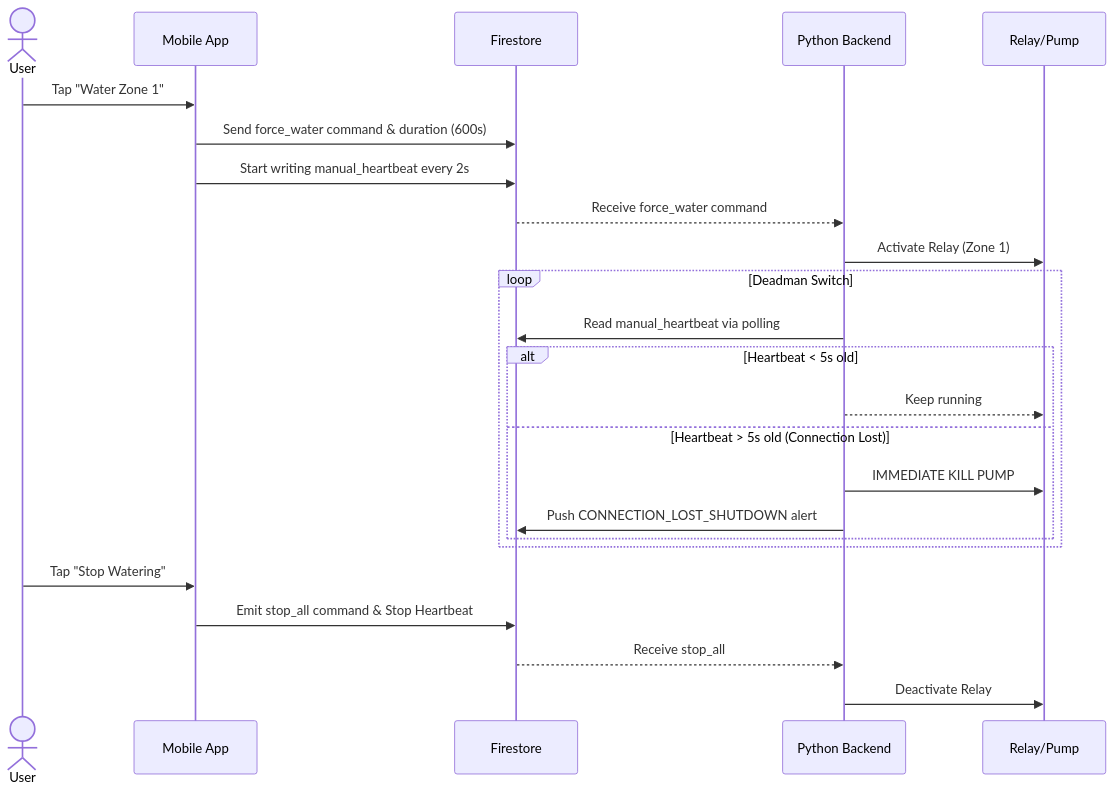
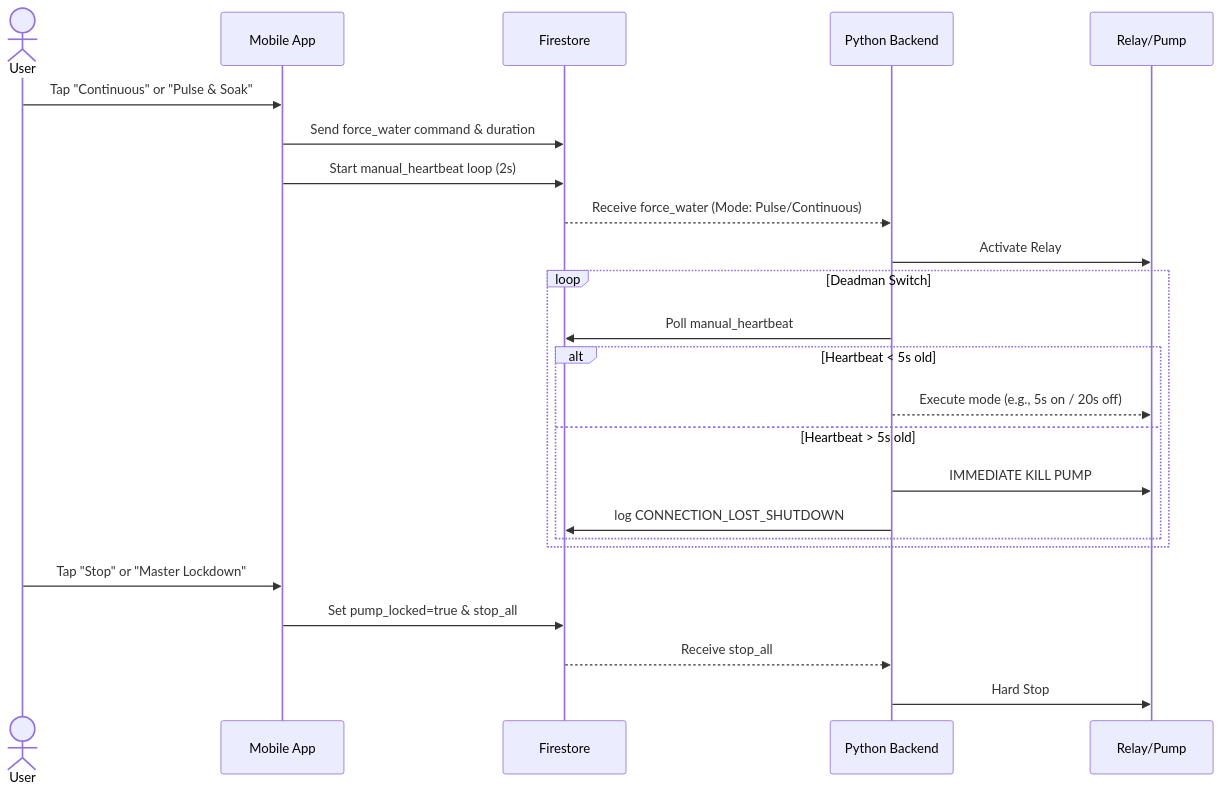
The third of 4 diagrams in DefensePreparation.md (Arziii/Smartsprout), drawn with Mermaid before and after one commit. The commit also changed other lines of this file and 4 other files, not shown here.

````diff
--- a/DefensePreparation.md
+++ b/DefensePreparation.md
@@ -118,27 +120,27 @@
 ```mermaid
 sequenceDiagram
     actor User
     participant App as Mobile App
     participant DB as Firestore
     participant Pi as Python Backend
     participant Pump as Relay/Pump
 
-    User->>App: Tap "Water Zone 1"
-    App->>DB: Send force_water command & duration (600s)
-    App->>DB: Start writing manual_heartbeat every 2s
-    DB-->>Pi: Receive force_water command
-    Pi->>Pump: Activate Relay (Zone 1)
+    User->>App: Tap "Continuous" or "Pulse & Soak"
+    App->>DB: Send force_water command & duration
+    App->>DB: Start manual_heartbeat loop (2s)
+    DB-->>Pi: Receive force_water (Mode: Pulse/Continuous)
+    Pi->>Pump: Activate Relay
     loop Deadman Switch
-        Pi->>DB: Read manual_heartbeat via polling
+        Pi->>DB: Poll manual_heartbeat
         alt Heartbeat < 5s old
-            Pi-->>Pump: Keep running
-        else Heartbeat > 5s old (Connection Lost)
+            Pi-->>Pump: Execute mode (e.g., 5s on / 20s off)
+        else Heartbeat > 5s old
             Pi->>Pump: IMMEDIATE KILL PUMP
-            Pi->>DB: Push CONNECTION_LOST_SHUTDOWN alert
+            Pi->>DB: log CONNECTION_LOST_SHUTDOWN
         end
     end
-    User->>App: Tap "Stop Watering"
-    App->>DB: Emit stop_all command & Stop Heartbeat
+    User->>App: Tap "Stop" or "Master Lockdown"
+    App->>DB: Set pump_locked=true & stop_all
     DB-->>Pi: Receive stop_all
-    Pi->>Pump: Deactivate Relay
+    Pi->>Pump: Hard Stop
 ```
````
